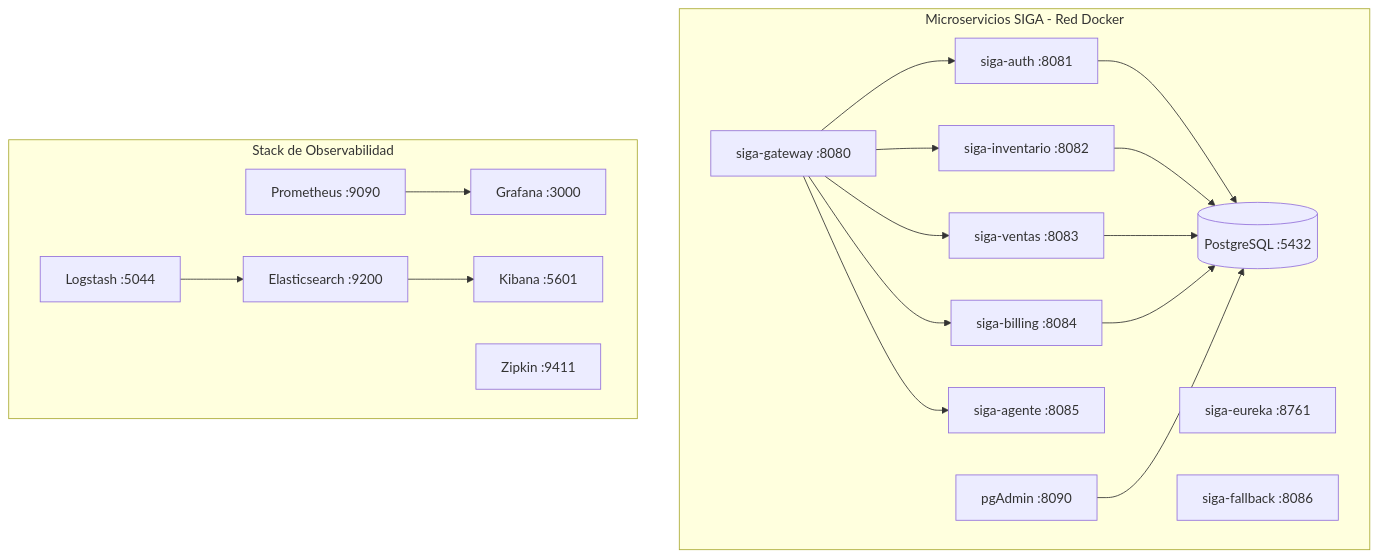
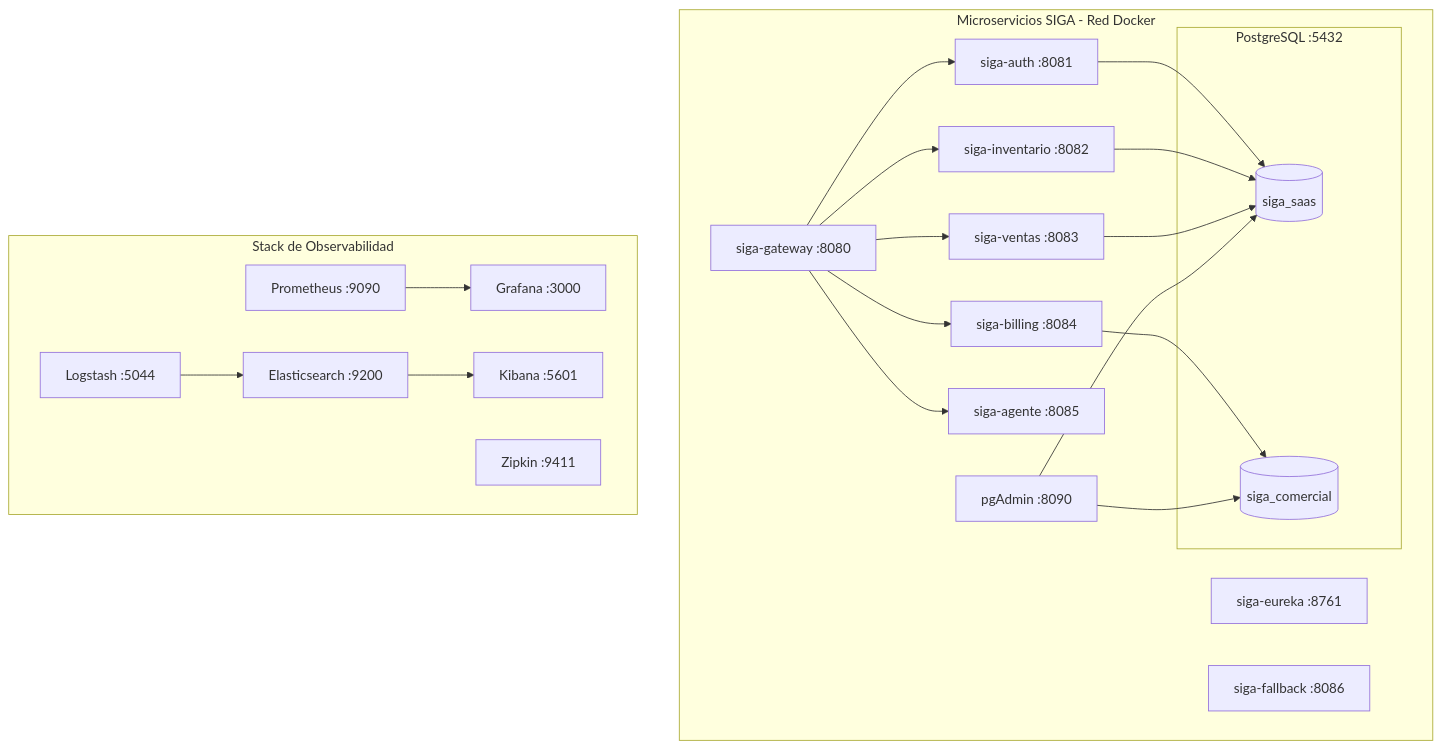
One commit to HecAguilaV/SIGA changed the fifth of 7 diagrams in openspec/changes/migracion-microservicios/architecture-diagrams.md. Above: the diagram before and after it, drawn with Mermaid. The commit also changed other lines of this file, not shown here.

Commit message:
docs: mostrar esquemas físicos separados dentro del cluster PostgreSQL en diagramas 1 y 5

````diff
--- a/openspec/changes/migracion-microservicios/architecture-diagrams.md
+++ b/openspec/changes/migracion-microservicios/architecture-diagrams.md
@@ -159,38 +163,44 @@
 ```mermaid
 graph TD
     subgraph App["Microservicios SIGA - Red Docker"]
         GW["siga-gateway :8080"]
         EU["siga-eureka :8761"]
         AU["siga-auth :8081"]
         IN["siga-inventario :8082"]
         VE["siga-ventas :8083"]
         BI["siga-billing :8084"]
         AG["siga-agente :8085"]
         FB["siga-fallback :8086"]
-        DB[("PostgreSQL :5432")]
+        
+        subgraph DB["PostgreSQL :5432"]
+            DB_SAAS[("siga_saas")]
+            DB_COMERCIAL[("siga_comercial")]
+        end
+        
         PA["pgAdmin :8090"]
     end
 
     subgraph Obs["Stack de Observabilidad"]
         PR["Prometheus :9090"]
         GR["Grafana :3000"]
         ES["Elasticsearch :9200"]
         LS["Logstash :5044"]
         KI["Kibana :5601"]
         ZI["Zipkin :9411"]
     end
 
     GW --> AU
     GW --> IN
     GW --> VE
     GW --> BI
     GW --> AG
-    AU --> DB
-    IN --> DB
-    VE --> DB
-    BI --> DB
-    PA --> DB
+    AU --> DB_SAAS
+    IN --> DB_SAAS
+    VE --> DB_SAAS
+    BI --> DB_COMERCIAL
+    PA --> DB_SAAS
+    PA --> DB_COMERCIAL
     PR --> GR
     LS --> ES
     ES --> KI
 ```
````
